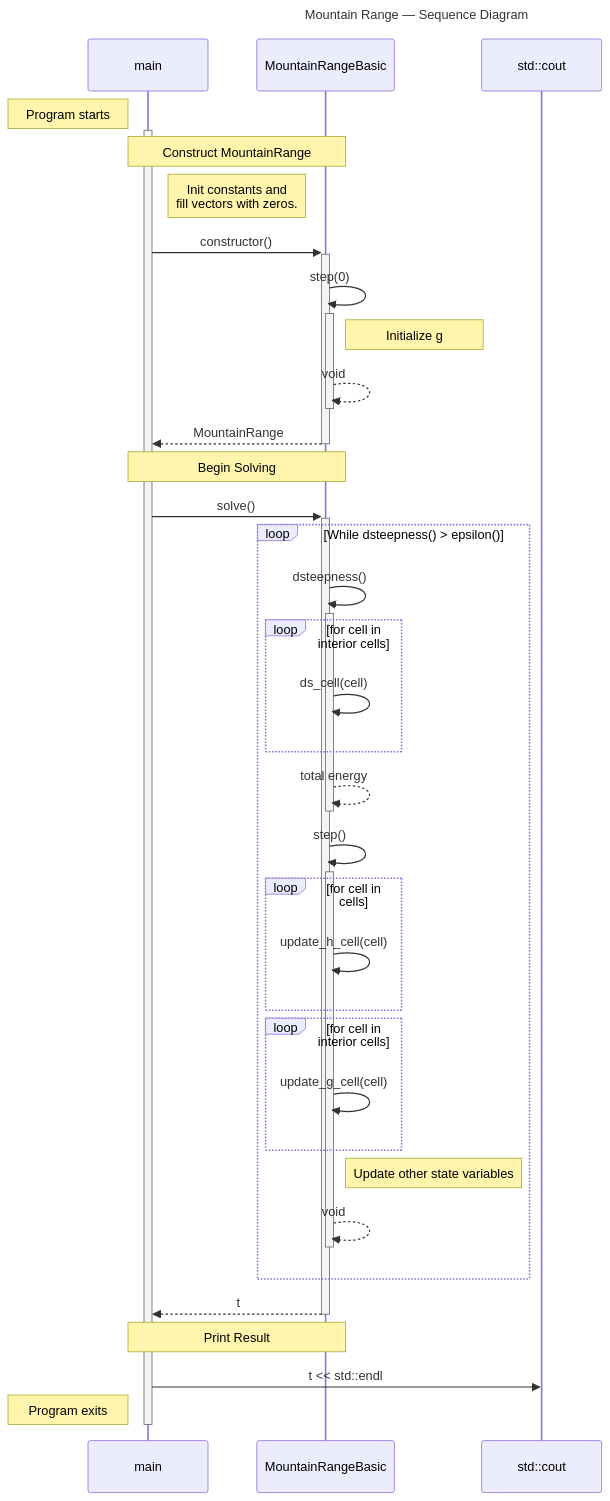
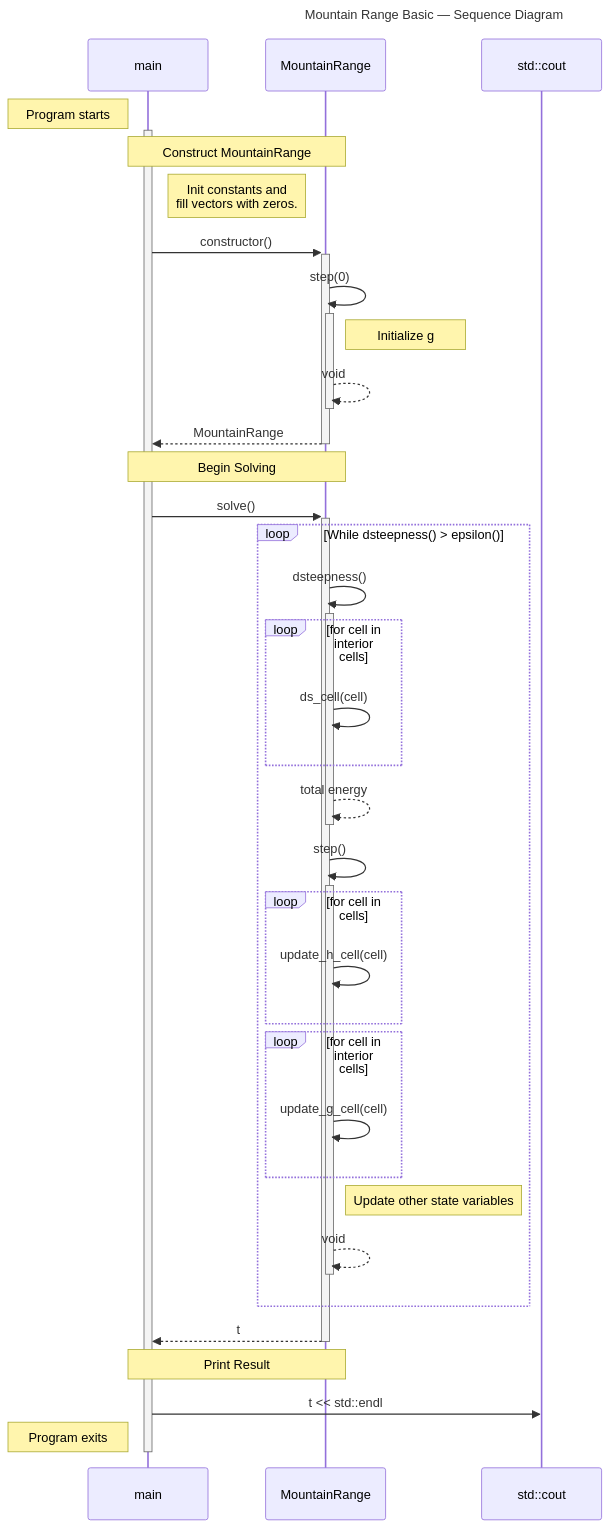
The diagram in docs/MountainRangeBasic-sequence-diagram.md (BYUHPC/sci-comp-course-example-cxx), drawn with Mermaid before and after one commit. The commit also changed other lines of this file and 1 other file, not shown here.

Commit message:
Merge basic and simplified diagrams. Preserve backwards compatibility with symlink

````diff
--- a/docs/MountainRangeBasic-sequence-diagram.md
+++ b/docs/MountainRangeBasic-sequence-diagram.md
@@ -20,64 +32,74 @@
 ```mermaid
 ---
-title: Mountain Range — Sequence Diagram
+title: Mountain Range Basic — Sequence Diagram
 ---
 
 sequenceDiagram
 
 participant main
-participant MR as MountainRangeBasic
+participant MR as MountainRange
 participant cout as std::cout
 
 note left of main: Program starts
 activate main
 
 %% Initialize MountainRange
 note over main,MR: Construct MountainRange
 note right of main: Init constants and<br>fill vectors with zeros.
 main->>+MR: constructor()
     MR->>+MR: step(0)
     note right of MR: Initialize g
     MR-->>-MR: void
 MR-->>-main: MountainRange
 %% End construct MountainRange
 
 %% Call Solve
 note over main,MR: Begin Solving
 main->>+MR: solve()
+
+    %% Begin solve loop
     loop While dsteepness() > epsilon()
-        
+
         %% Evaluate steepness
         MR->>+MR: dsteepness()
             loop for cell in interior cells
                 MR->>MR: ds_cell(cell)
             end
         MR-->>-MR: total energy
-        
+        %% End steepness calculation
+
         %% Perform step
         MR->>+MR: step()
-            %% Modify h cells
+
+            %% Update h cells
             loop for cell in cells
                 MR->>MR: update_h_cell(cell)
             end
+            %% End update h cells
 
-            %% Modify g cells
+            %% Update g cells
             loop for cell in interior cells
                 MR->>MR: update_g_cell(cell)
             end
+            %% End update g cells
 
             %% Update other state variables
             note right of MR: Update other state variables
+
         MR-->>-MR: void
-    
+        %% End step
+
     end
+    %% End solve loop
+
 MR-->>-main: t
 %% End solve
 
 %% Print result
 note over main,MR: Print Result
 main->>cout: t << std::endl
-%% end print
+%% End print
 
 note left of main: Program exits
 deactivate main
 ```
````
